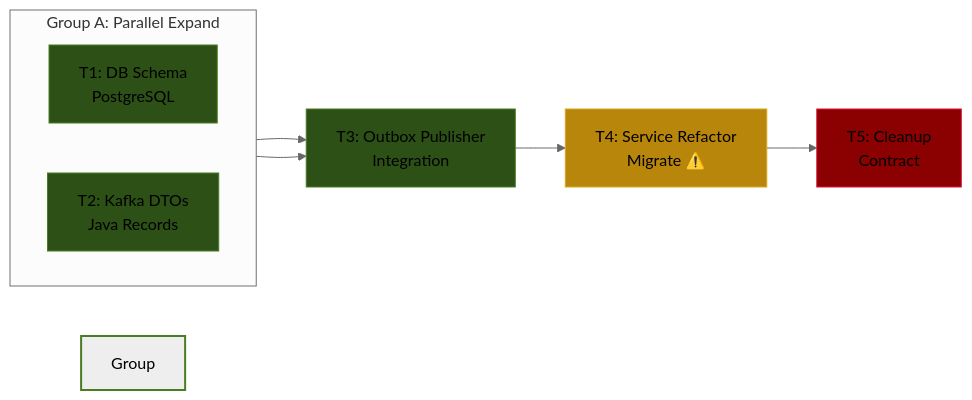
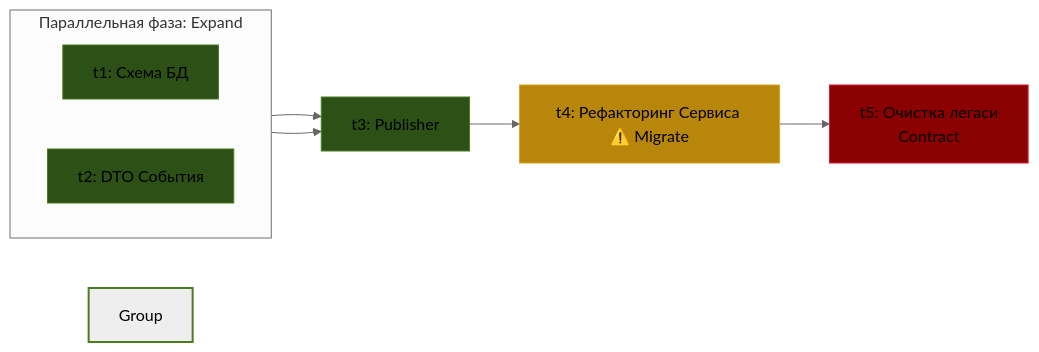
Before and after one commit to bulbigood/dispiv: the diagram in docs/plans/DISPIV-USERREG-005/manifest.md, drawn with Mermaid (neutral theme). The commit also changed other lines of this file and 3 other files, not shown here.

````diff
--- a/docs/plans/DISPIV-USERREG-005/manifest.md
+++ b/docs/plans/DISPIV-USERREG-005/manifest.md
@@ -62,21 +62,21 @@
 ```mermaid
 flowchart LR
-    subgraph Group A [Group A: Parallel Expand]
+    subgraph Group A [Параллельная фаза: Expand]
         direction LR
-        T1[T1: DB Schema<br/>PostgreSQL] 
-        T2[T2: Kafka DTOs<br/>Java Records]
+        T1[t1: Схема БД] 
+        T2[t2: DTO События]
     end
     
     T1 --> T3
     T2 --> T3
     
-    T3[T3: Outbox Publisher<br/>Integration] --> T4[T4: Service Refactor<br/>Migrate ⚠️]
-    T4 --> T5[T5: Cleanup<br/>Contract]
+    T3[t3: Publisher] --> T4[t4: Рефакторинг Сервиса ⚠️ Migrate]
+    T4 --> T5[t5: Очистка легаси<br/>Contract]
     
     style Group A fill:#1a331a,stroke:#4a7c23,stroke-width:2px
     style T1 fill:#2d5016,stroke:#4a7c23
     style T2 fill:#2d5016,stroke:#4a7c23
     style T3 fill:#2d5016,stroke:#4a7c23
     style T4 fill:#b8860b,stroke:#daa520
     style T5 fill:#8b0000,stroke:#dc143c
 ```
````
